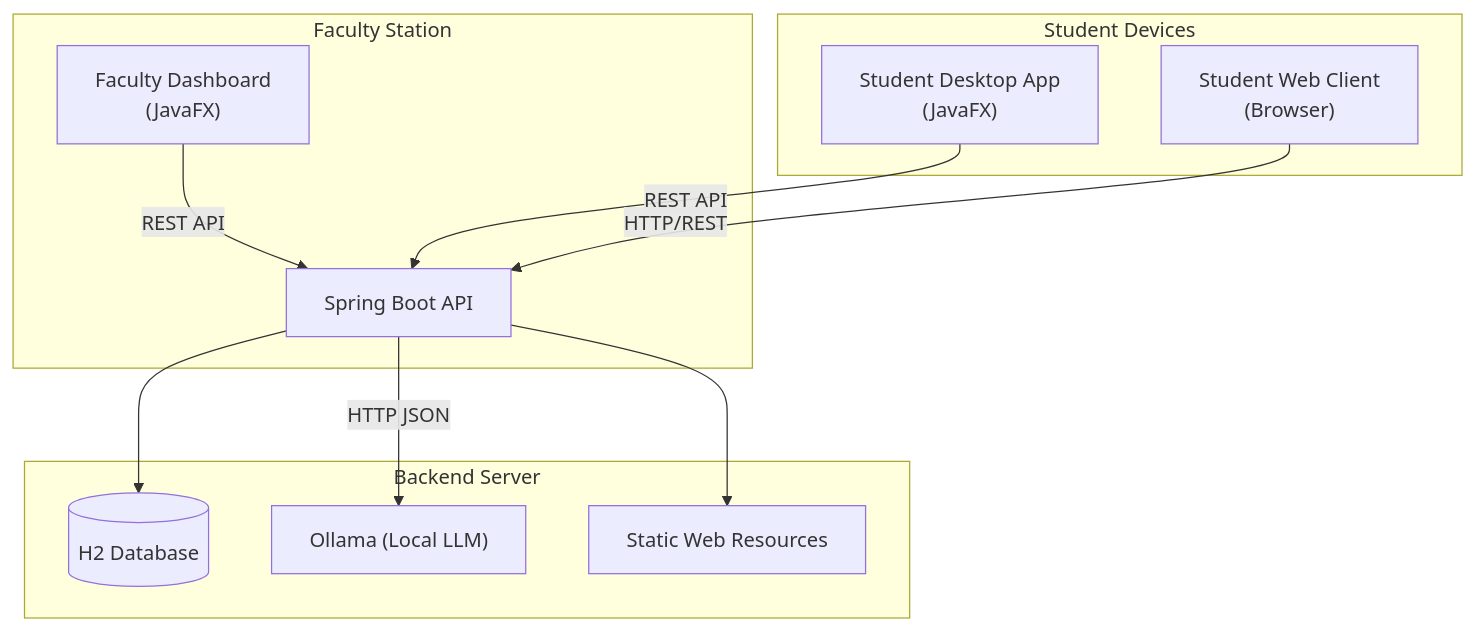
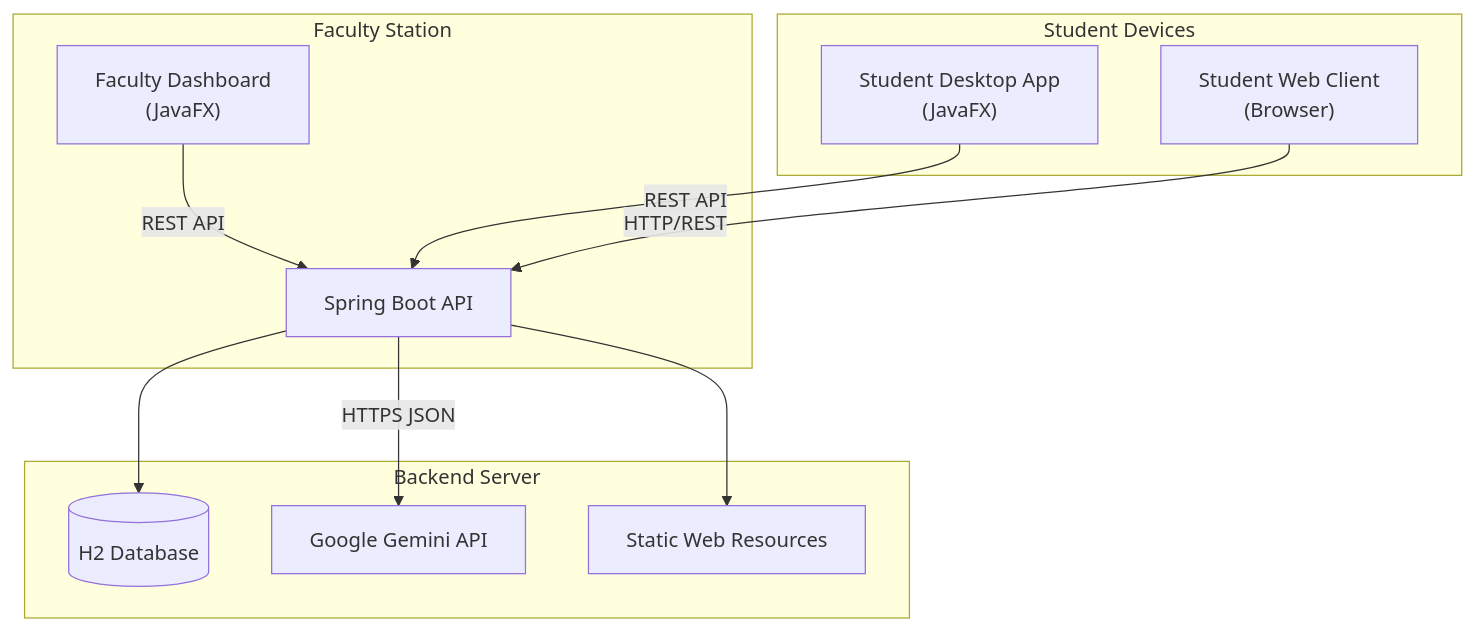
Before and after one commit to Daku3011/Quiz: the diagram in README.md, drawn with Mermaid. The commit also changed other lines of this file and 24 other files, not shown here.

Commit message:
feat: Migrate AI question generation from Ollama to Google Gemini, enhance anti-cheating measures, and improve code documentation.

````diff
--- a/README.md
+++ b/README.md
@@ -38,21 +41,21 @@
 ```mermaid
 graph TD
     subgraph "Faculty Station"
         FD["Faculty Dashboard\n(JavaFX)"] -->|REST API| API
     end
 
     subgraph "Student Devices"
         SD["Student Desktop App\n(JavaFX)"] -->|REST API| API
         SW["Student Web Client\n(Browser)"] -->|HTTP/REST| API
     end
 
     subgraph "Backend Server"
         API[Spring Boot API]
         DB[(H2 Database)]
-        Ollama["Ollama (Local LLM)"]
+        Gemini["Google Gemini API"]
         
         API --> DB
-        API -->|HTTP JSON| Ollama
+        API -->|HTTPS JSON| Gemini
         API --> Static[Static Web Resources]
     end
 ```
````
